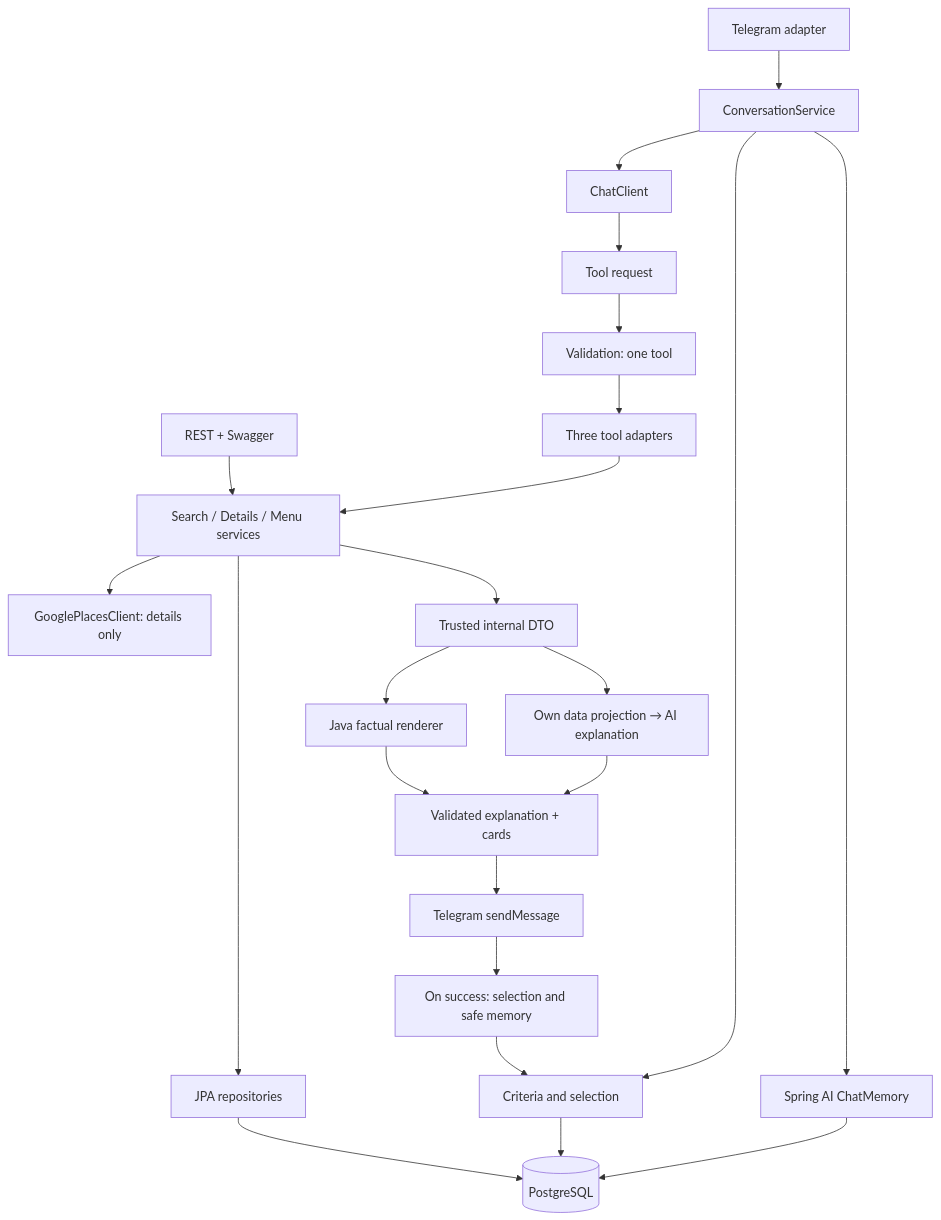
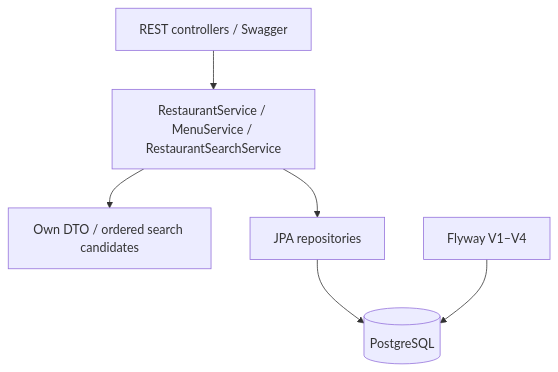
One commit to ilyakutarba-source/minsk-restaurant-ai-bot changed the diagram in docs/ARCHITECTURE.md. Above: the diagram before and after it, drawn with Mermaid. The commit also changed other lines of this file and 7 other files, not shown here.

````diff
--- a/docs/ARCHITECTURE.md
+++ b/docs/ARCHITECTURE.md
@@ -11,25 +9,8 @@
 ```mermaid
 flowchart TD
-    TG[Telegram adapter] --> CONV[ConversationService]
-    CONV --> MEM[Spring AI ChatMemory]
-    CONV --> STATE[Criteria and selection]
-    MEM --> PG[(PostgreSQL)]
-    STATE --> PG
-    CONV --> AI[ChatClient]
-    AI --> REQUEST[Tool request]
-    REQUEST --> GUARD[Validation: one tool]
-    GUARD --> TOOLS[Three tool adapters]
-    TOOLS --> SERVICES[Search / Details / Menu services]
-    API[REST + Swagger] --> SERVICES
+    REST[REST controllers / Swagger] --> SERVICES[RestaurantService / MenuService / RestaurantSearchService]
+    SERVICES --> DTO[Own DTO / ordered search candidates]
     SERVICES --> JPA[JPA repositories]
-    JPA --> PG
-    SERVICES --> GOOGLE[GooglePlacesClient: details only]
-    SERVICES --> DTO[Trusted internal DTO]
-    DTO --> EXPLAIN[Own data projection → AI explanation]
-    DTO --> CARD[Java factual renderer]
-    EXPLAIN --> COMPOSE[Validated explanation + cards]
-    CARD --> COMPOSE
-    COMPOSE --> SEND[Telegram sendMessage]
-    SEND --> SAVE[On success: selection and safe memory]
-    SAVE --> STATE
+    JPA --> PG[(PostgreSQL)]
+    FLYWAY[Flyway V1–V4] --> PG
 ```
````
